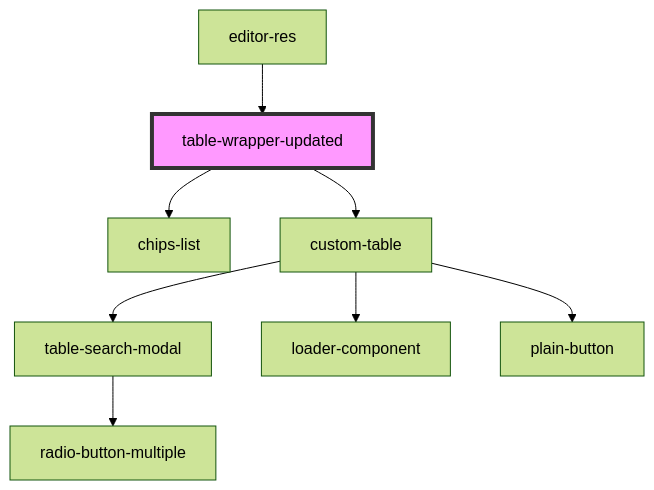
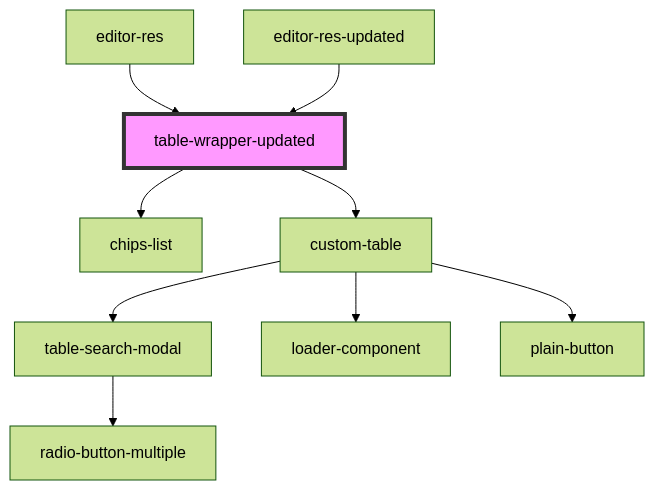
One commit to techvariable/NeptuneConnectComponents changed the diagram in src/components/table-wrapper-updated/readme.md. Above: the diagram before and after it, drawn with Mermaid (forest theme). The commit also changed other lines of this file and 14 other files, not shown here.

````diff
--- a/src/components/table-wrapper-updated/readme.md
+++ b/src/components/table-wrapper-updated/readme.md
@@ -30,11 +32,12 @@
 ```mermaid
 graph TD;
   table-wrapper-updated --> chips-list
   table-wrapper-updated --> custom-table
   custom-table --> table-search-modal
   custom-table --> loader-component
   custom-table --> plain-button
   table-search-modal --> radio-button-multiple
   editor-res --> table-wrapper-updated
+  editor-res-updated --> table-wrapper-updated
   style table-wrapper-updated fill:#f9f,stroke:#333,stroke-width:4px
 ```
````
